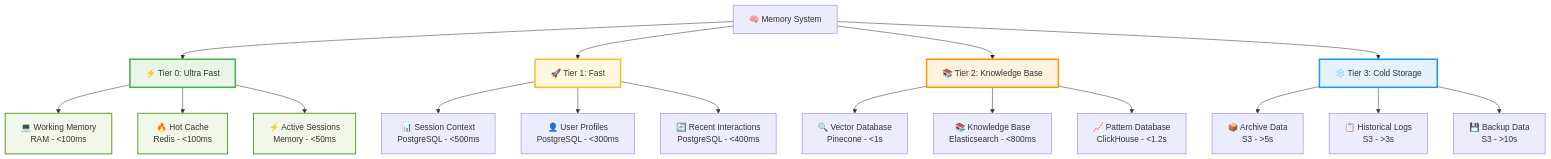
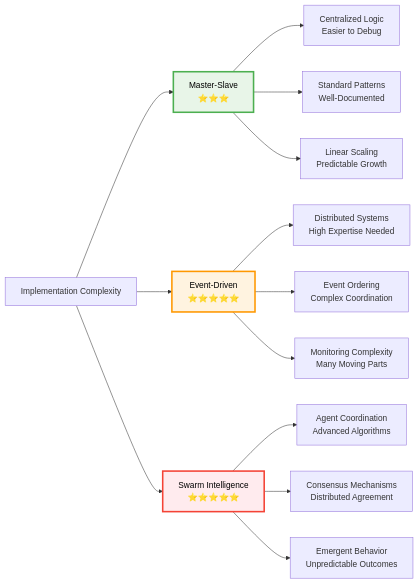
One commit to KaifAhmad1/memorae changed the sixth of 9 diagrams in README.md. Above: the diagram before and after it, drawn with Mermaid. The commit also changed other lines of this file, not shown here.

````diff
--- a/README.md
+++ b/README.md
@@ -227,34 +359,22 @@
 ```mermaid
-flowchart TD
-    A[🧠 Memory System] --> B[⚡ Tier 0: Ultra Fast]
-    A --> C[🚀 Tier 1: Fast]
-    A --> D[📚 Tier 2: Knowledge Base]
-    A --> E[❄️ Tier 3: Cold Storage]
+graph LR
+    A[Implementation Complexity] --> B[Master-Slave<br/>⭐⭐⭐]
+    A --> C[Event-Driven<br/>⭐⭐⭐⭐⭐]
+    A --> D[Swarm Intelligence<br/>⭐⭐⭐⭐⭐]
     
-    B --> B1[💻 Working Memory<br/>RAM - <100ms]
-    B --> B2[🔥 Hot Cache<br/>Redis - <100ms]
-    B --> B3[⚡ Active Sessions<br/>Memory - <50ms]
+    B --> B1[Centralized Logic<br/>Easier to Debug]
+    B --> B2[Standard Patterns<br/>Well-Documented]
+    B --> B3[Linear Scaling<br/>Predictable Growth]
     
-    C --> C1[📊 Session Context<br/>PostgreSQL - <500ms]
-    C --> C2[👤 User Profiles<br/>PostgreSQL - <300ms]
-    C --> C3[🔄 Recent Interactions<br/>PostgreSQL - <400ms]
+    C --> C1[Distributed Systems<br/>High Expertise Needed]
+    C --> C2[Event Ordering<br/>Complex Coordination]
+    C --> C3[Monitoring Complexity<br/>Many Moving Parts]
     
-    D --> D1[🔍 Vector Database<br/>Pinecone - <1s]
-    D --> D2[📚 Knowledge Base<br/>Elasticsearch - <800ms]
-    D --> D3[📈 Pattern Database<br/>ClickHouse - <1.2s]
+    D --> D1[Agent Coordination<br/>Advanced Algorithms]
+    D --> D2[Consensus Mechanisms<br/>Distributed Agreement]
+    D --> D3[Emergent Behavior<br/>Unpredictable Outcomes]
     
-    E --> E1[📦 Archive Data<br/>S3 - >5s]
-    E --> E2[📋 Historical Logs<br/>S3 - >3s]
-    E --> E3[💾 Backup Data<br/>S3 - >10s]
-    
-    %% Tier styling
-    style B fill:#e8f5e8,stroke:#4caf50,stroke-width:3px
-    style C fill:#fff8e1,stroke:#fbc02d,stroke-width:3px
-    style D fill:#fff3e0,stroke:#ff9800,stroke-width:3px
-    style E fill:#e3f2fd,stroke:#2196f3,stroke-width:3px
-    
-    %% Component styling
-    style B1 fill:#f1f8e9,stroke:#689f38,stroke-width:2px
-    style B2 fill:#f1f8e9,stroke:#689f38,stroke-width:2px
-    style B3 fill:#f1f8e9,stroke:#689f38,stroke-width:2px
+    style B fill:#e8f5e8,stroke:#4caf50,stroke-width:3px,color:#000
+    style C fill:#fff3e0,stroke:#ff9800,stroke-width:3px,color:#000
+    style D fill:#ffebee,stroke:#f44336,stroke-width:3px,color:#000
 ```
````
